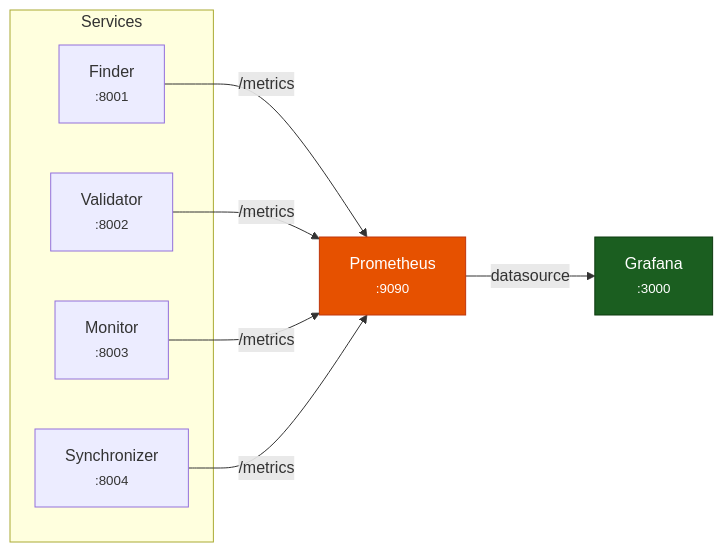
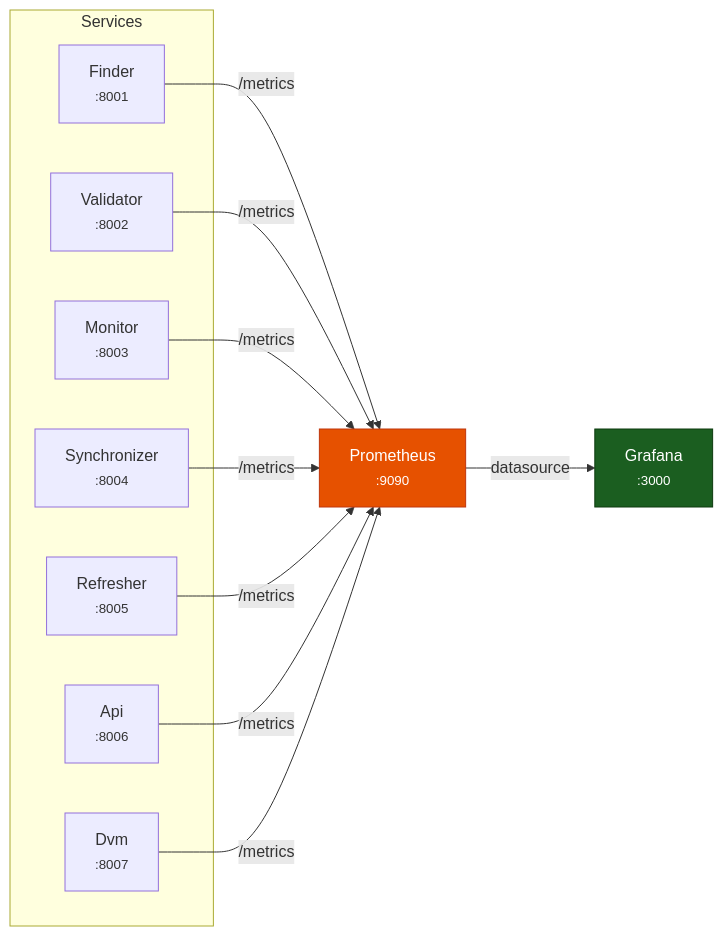
One commit to BigBrotr/bigbrotr changed the diagram in docs/user-guide/monitoring.md. Above: the diagram before and after it, drawn with Mermaid. The commit also changed other lines of this file and 44 other files, not shown here.

````diff
--- a/docs/user-guide/monitoring.md
+++ b/docs/user-guide/monitoring.md
@@ -15,21 +15,27 @@
 ```mermaid
 flowchart LR
     subgraph Services
         F["Finder<br/><small>:8001</small>"]
         V["Validator<br/><small>:8002</small>"]
         M["Monitor<br/><small>:8003</small>"]
         S["Synchronizer<br/><small>:8004</small>"]
+        R["Refresher<br/><small>:8005</small>"]
+        A["Api<br/><small>:8006</small>"]
+        D["Dvm<br/><small>:8007</small>"]
     end
 
     P["Prometheus<br/><small>:9090</small>"]
     G["Grafana<br/><small>:3000</small>"]
 
     F -->|"/metrics"| P
     V -->|"/metrics"| P
     M -->|"/metrics"| P
     S -->|"/metrics"| P
+    R -->|"/metrics"| P
+    A -->|"/metrics"| P
+    D -->|"/metrics"| P
     P -->|"datasource"| G
 
     style P fill:#E65100,color:#fff,stroke:#BF360C
     style G fill:#1B5E20,color:#fff,stroke:#0D3B0F
 ```
````
